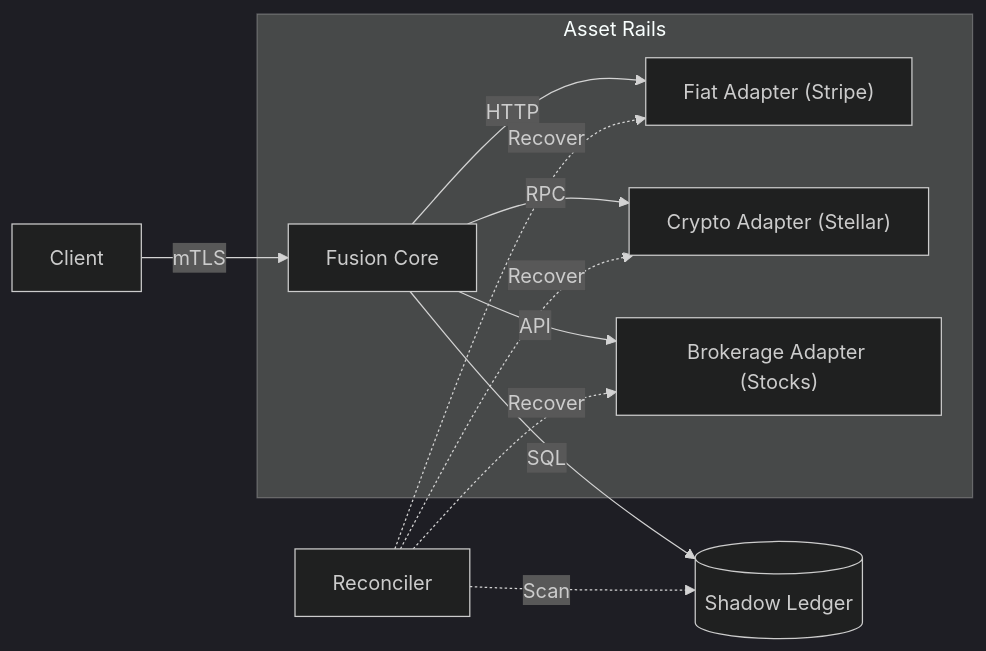
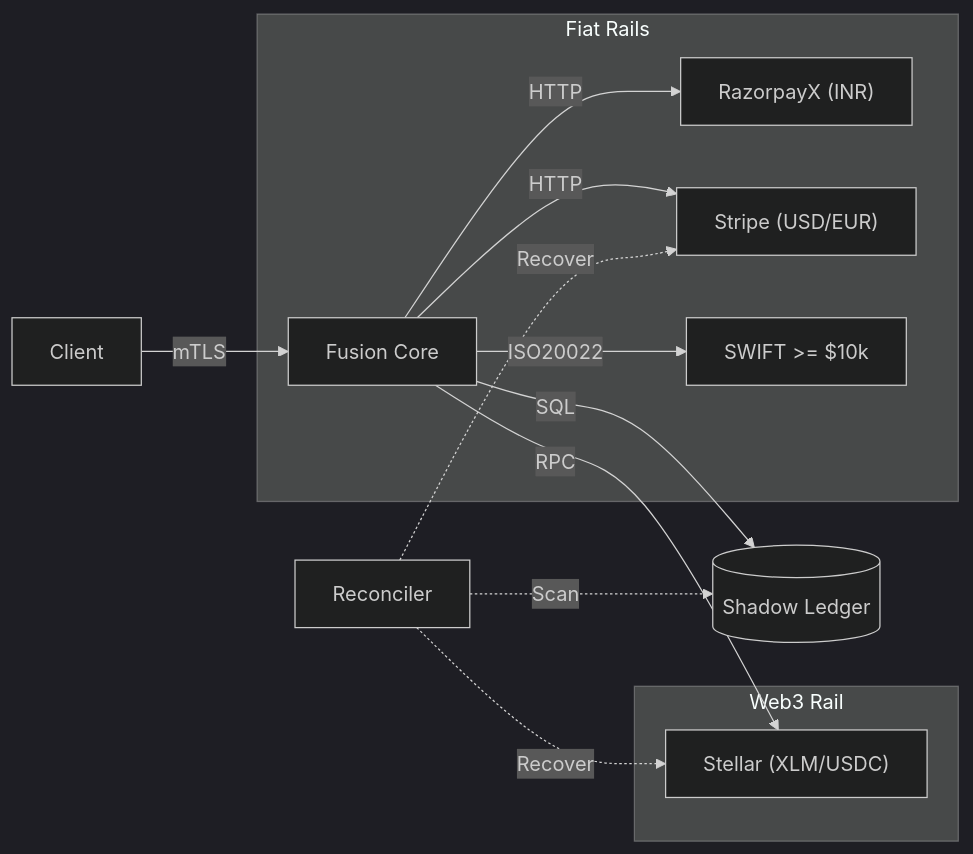
Before and after one commit to praveenpretto-cloud/Project-Fusion: the diagram in readme.md, drawn with Mermaid (dark theme). The commit also changed other lines of this file and 64 other files, not shown here.

````diff
--- a/readme.md
+++ b/readme.md
@@ -37,16 +38,19 @@
 ```mermaid
 graph LR
     Client -->|mTLS| Fusion[Fusion Core]
     Fusion -->|SQL| Ledger[(Shadow Ledger)]
-    
-    subgraph "Asset Rails"
-        Fusion -->|HTTP| Stripe["Fiat Adapter (Stripe)"]
-        Fusion -->|RPC| Stellar["Crypto Adapter (Stellar)"]
-        Fusion -->|API| Broker["Brokerage Adapter (Stocks)"]
+
+    subgraph "Fiat Rails"
+        Fusion -->|HTTP| Razorpay["RazorpayX (INR)"]
+        Fusion -->|HTTP| Stripe["Stripe (USD/EUR)"]
+        Fusion -->|ISO20022| Swift["SWIFT >= $10k"]
+    end
+
+    subgraph "Web3 Rail"
+        Fusion -->|RPC| Stellar["Stellar (XLM/USDC)"]
     end
 
     Worker[Reconciler] -.->|Scan| Ledger
     Worker -.->|Recover| Stripe
     Worker -.->|Recover| Stellar
-    Worker -.->|Recover| Broker
 ```
````
